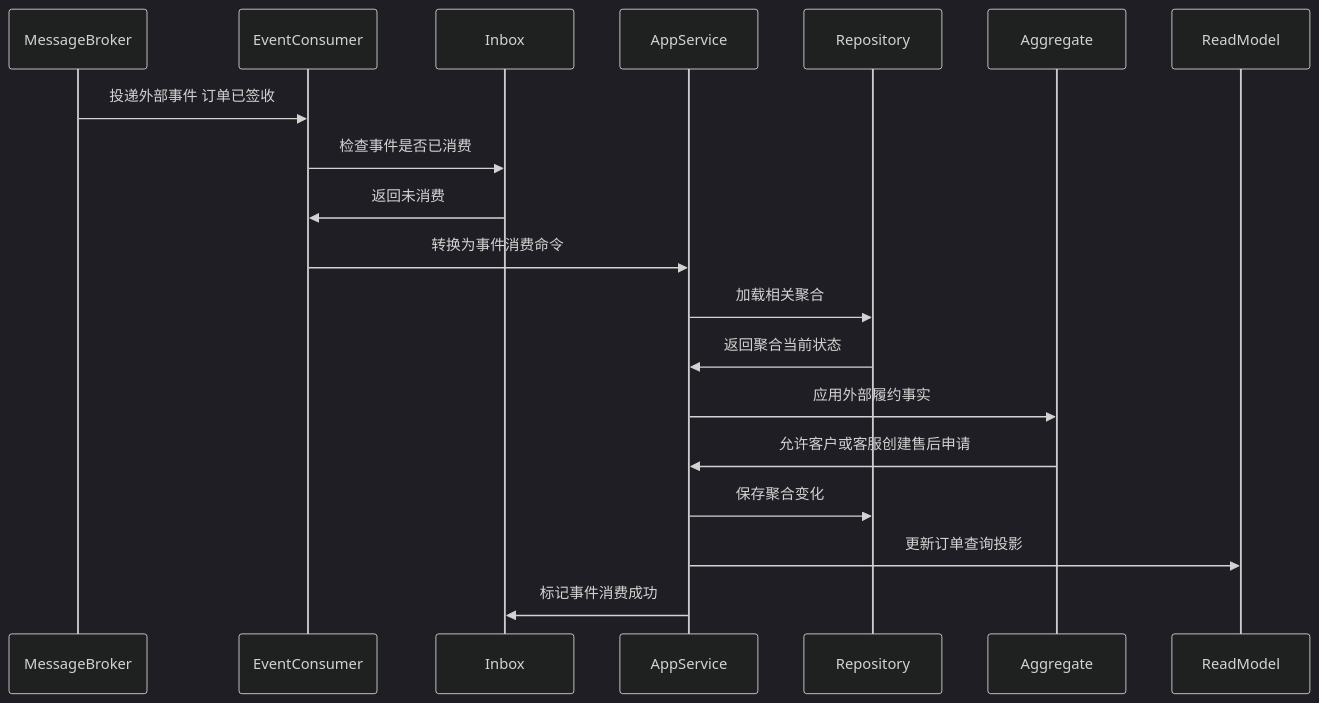
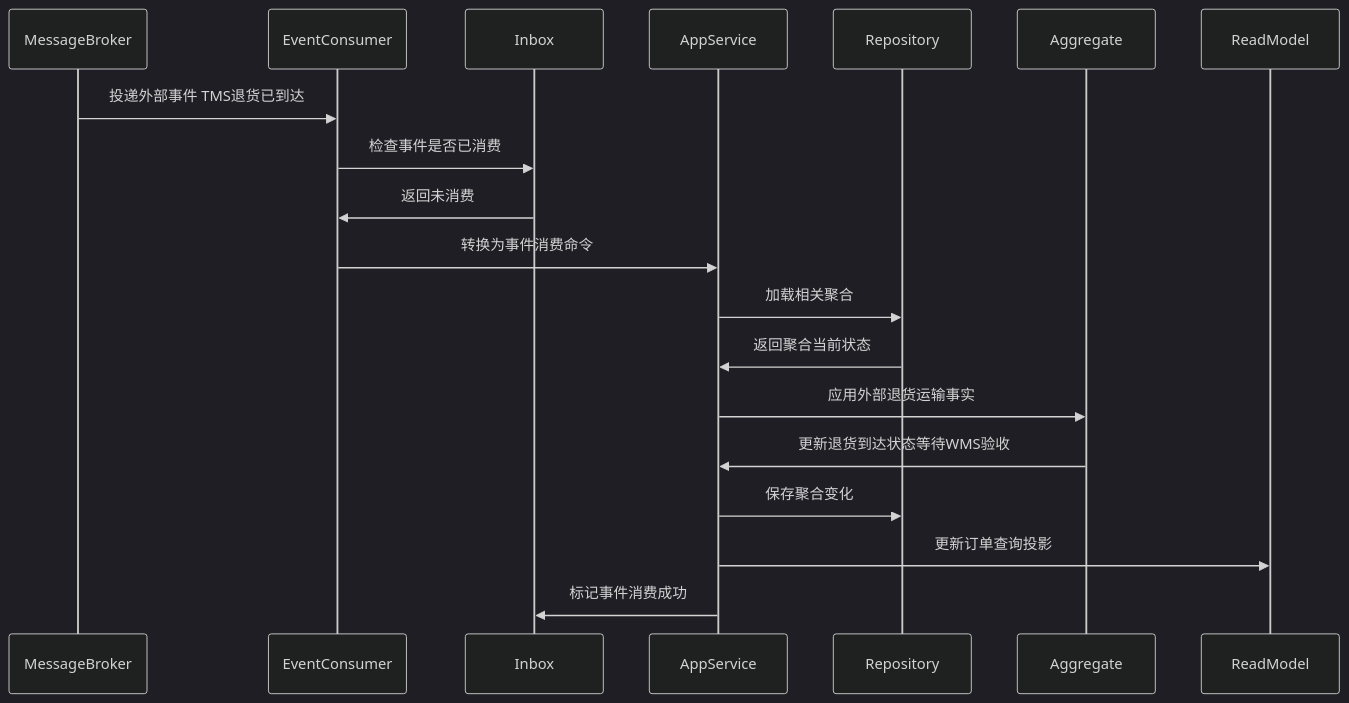
One commit to chao1927/scm changed the fifth of 6 diagrams in docs/03-核心业务模型/05-OMS领域模型/06-售后单聚合CQRS设计.md. Above: the diagram before and after it, drawn with Mermaid (dark theme). The commit also changed other lines of this file and 118 other files, not shown here.

````diff
--- a/docs/03-核心业务模型/05-OMS领域模型/06-售后单聚合CQRS设计.md
+++ b/docs/03-核心业务模型/05-OMS领域模型/06-售后单聚合CQRS设计.md
@@ -236,22 +248,22 @@
 ```mermaid
 sequenceDiagram
     participant MessageBroker
     participant EventConsumer
     participant Inbox
     participant AppService
     participant Repository
     participant Aggregate
     participant ReadModel
 
-    MessageBroker->>EventConsumer: 投递外部事件 订单已签收
+    MessageBroker->>EventConsumer: 投递外部事件 TMS退货已到达
     EventConsumer->>Inbox: 检查事件是否已消费
     Inbox->>EventConsumer: 返回未消费
     EventConsumer->>AppService: 转换为事件消费命令
     AppService->>Repository: 加载相关聚合
     Repository->>AppService: 返回聚合当前状态
-    AppService->>Aggregate: 应用外部履约事实
-    Aggregate->>AppService: 允许客户或客服创建售后申请
+    AppService->>Aggregate: 应用外部退货运输事实
+    Aggregate->>AppService: 更新退货到达状态等待WMS验收
     AppService->>Repository: 保存聚合变化
     AppService->>ReadModel: 更新订单查询投影
     AppService->>Inbox: 标记事件消费成功
 ```
````
